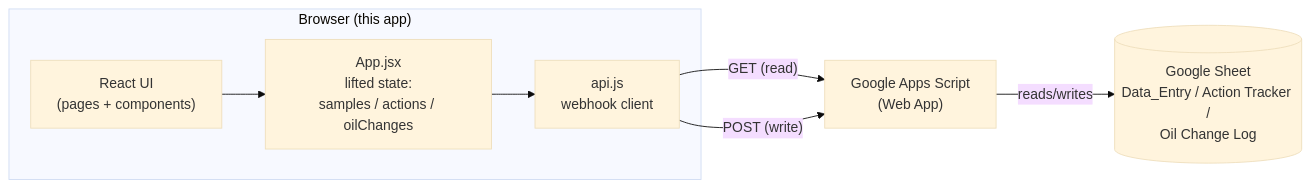
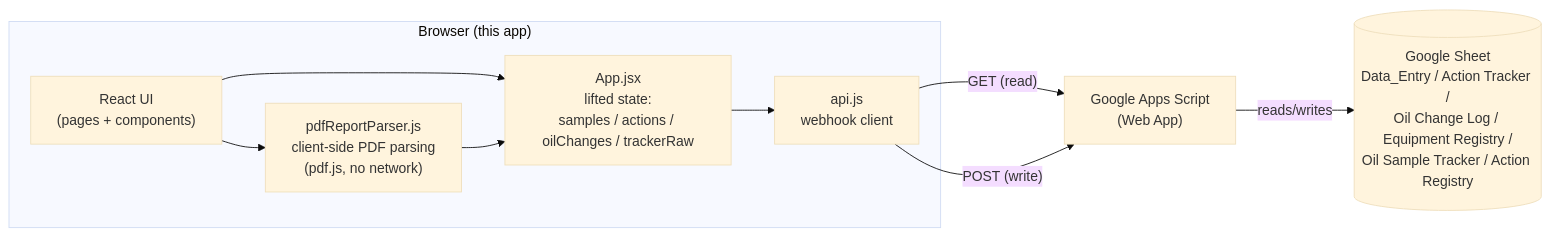
One commit to aghafar-hub/acc-oil-analysis-app changed the diagram in docs/ARCHITECTURE.md. Above: the diagram before and after it, drawn with Mermaid (base theme). The commit also changed other lines of this file and 10 other files, not shown here.

````diff
--- a/docs/ARCHITECTURE.md
+++ b/docs/ARCHITECTURE.md
@@ -5,15 +5,17 @@
 ```mermaid
 flowchart LR
     subgraph Browser["Browser (this app)"]
         UI["React UI\n(pages + components)"]
-        State["App.jsx\nlifted state:\nsamples / actions / oilChanges"]
+        State["App.jsx\nlifted state:\nsamples / actions / oilChanges / trackerRaw"]
         API["api.js\nwebhook client"]
+        PDF["pdfReportParser.js\nclient-side PDF parsing\n(pdf.js, no network)"]
         UI --> State --> API
+        UI --> PDF --> State
     end
     Script["Google Apps Script\n(Web App)"]
-    Sheet[("Google Sheet\nData_Entry / Action Tracker /\nOil Change Log")]
+    Sheet[("Google Sheet\nData_Entry / Action Tracker /\nOil Change Log / Equipment Registry /\nOil Sample Tracker / Action Registry")]
 
     API -- "GET (read)" --> Script
     API -- "POST (write)" --> Script
     Script -- "reads/writes" --> Sheet
 ```
````
